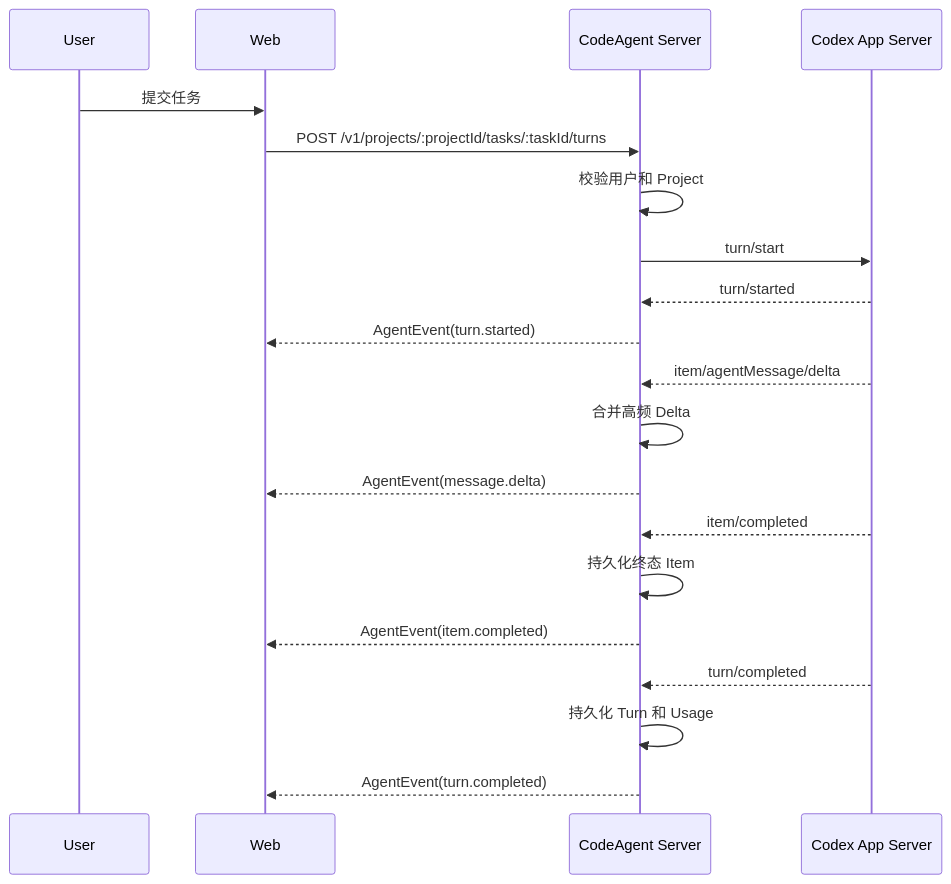
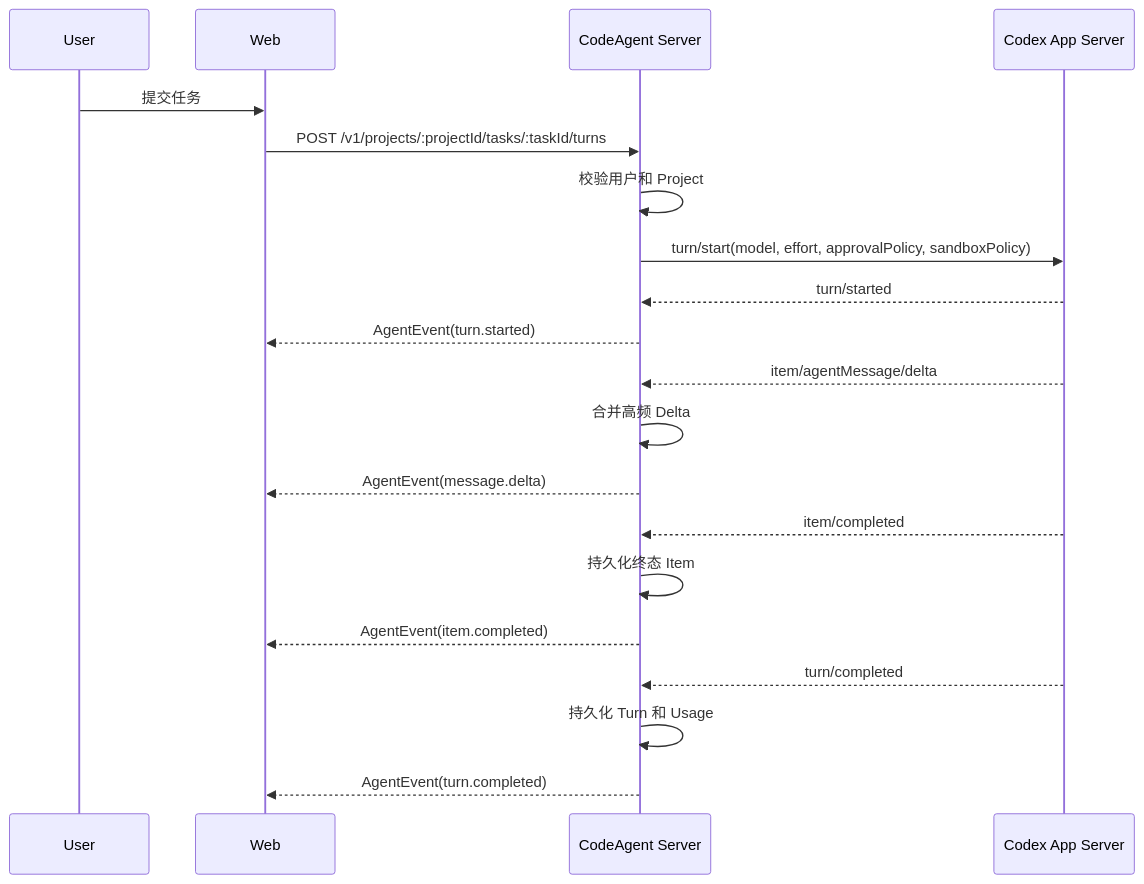
The second of 2 diagrams in docs/architecture-design.md (BryanHoo/CodeAgent), drawn with Mermaid before and after one commit. The commit also changed 39 other files, not shown here.

````diff
--- a/docs/architecture-design.md
+++ b/docs/architecture-design.md
@@ -169,23 +169,23 @@
 ```mermaid
 sequenceDiagram
     participant U as User
     participant W as Web
     participant S as CodeAgent Server
     participant C as Codex App Server
 
     U->>W: 提交任务
     W->>S: POST /v1/projects/:projectId/tasks/:taskId/turns
     S->>S: 校验用户和 Project
-    S->>C: turn/start
+    S->>C: turn/start(model, effort, approvalPolicy, sandboxPolicy)
     C-->>S: turn/started
     S-->>W: AgentEvent(turn.started)
     C-->>S: item/agentMessage/delta
     S->>S: 合并高频 Delta
     S-->>W: AgentEvent(message.delta)
     C-->>S: item/completed
     S->>S: 持久化终态 Item
     S-->>W: AgentEvent(item.completed)
     C-->>S: turn/completed
     S->>S: 持久化 Turn 和 Usage
     S-->>W: AgentEvent(turn.completed)
 ```
````
